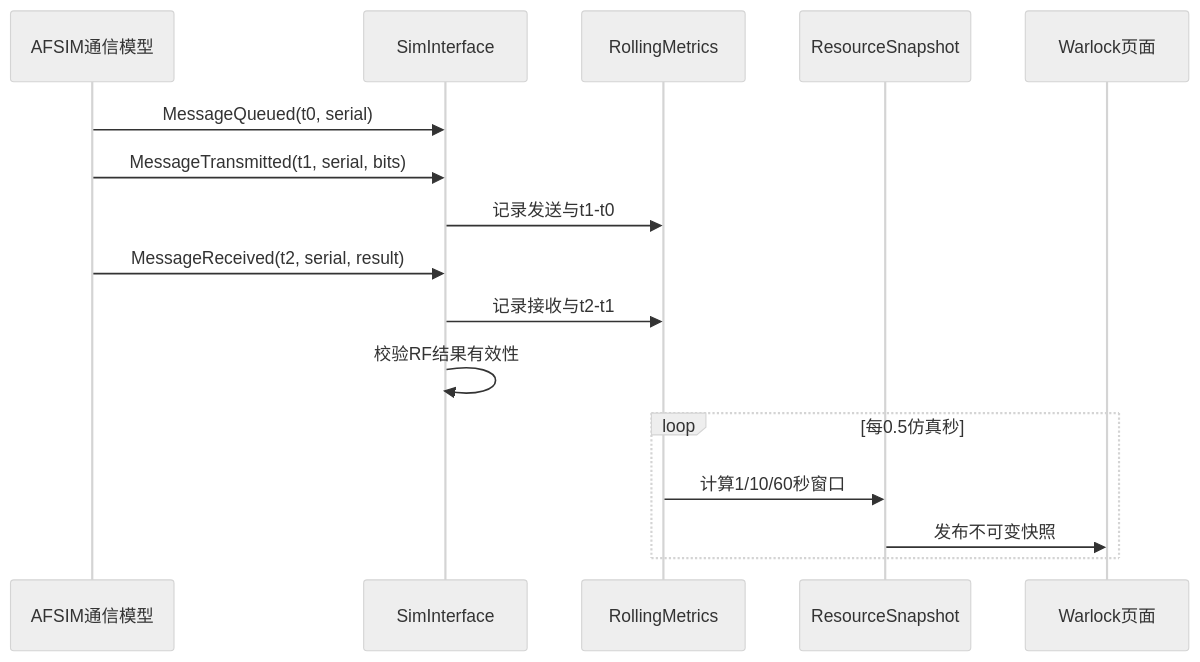
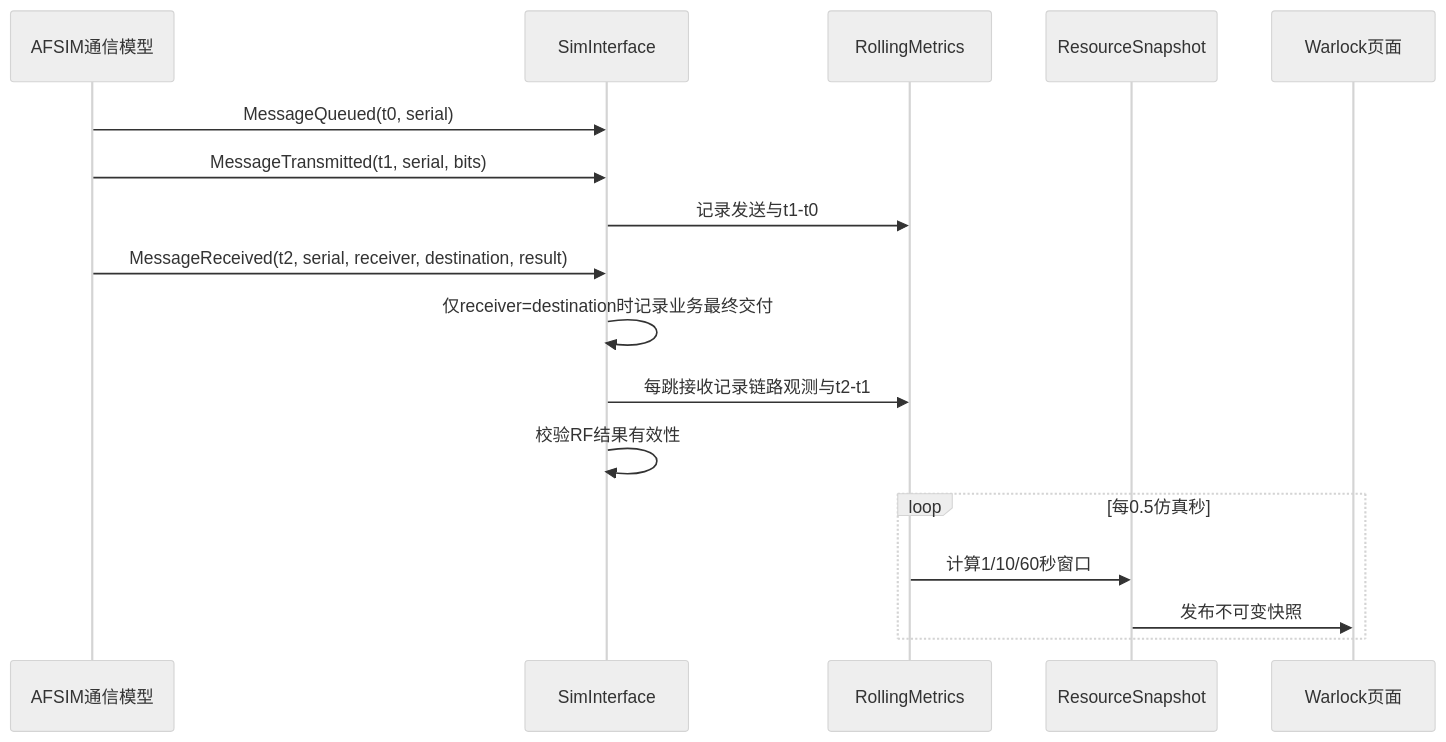
The diagram in docs/features/通信窗口指标.md (violetnozomi/afsim), drawn with Mermaid (neutral theme) before and after one commit. The commit also changed other lines of this file and 56 other files, not shown here.

````diff
--- a/docs/features/通信窗口指标.md
+++ b/docs/features/通信窗口指标.md
@@ -14,22 +14,23 @@
 ```mermaid
 sequenceDiagram
     accTitle: Window Metric Correlation
     accDescr: Communication events are correlated by message serial number, retained for at most sixty simulation seconds, and aggregated into three fixed windows.
 
     participant model as AFSIM通信模型
     participant collector as SimInterface
     participant rolling as RollingMetrics
     participant snapshot as ResourceSnapshot
     participant gui as Warlock页面
 
     model->>collector: MessageQueued(t0, serial)
     model->>collector: MessageTransmitted(t1, serial, bits)
     collector->>rolling: 记录发送与t1-t0
-    model->>collector: MessageReceived(t2, serial, result)
-    collector->>rolling: 记录接收与t2-t1
+    model->>collector: MessageReceived(t2, serial, receiver, destination, result)
+    collector->>collector: 仅receiver=destination时记录业务最终交付
+    collector->>rolling: 每跳接收记录链路观测与t2-t1
     collector->>collector: 校验RF结果有效性
     loop 每0.5仿真秒
         rolling->>snapshot: 计算1/10/60秒窗口
         snapshot->>gui: 发布不可变快照
     end
 ```
````
